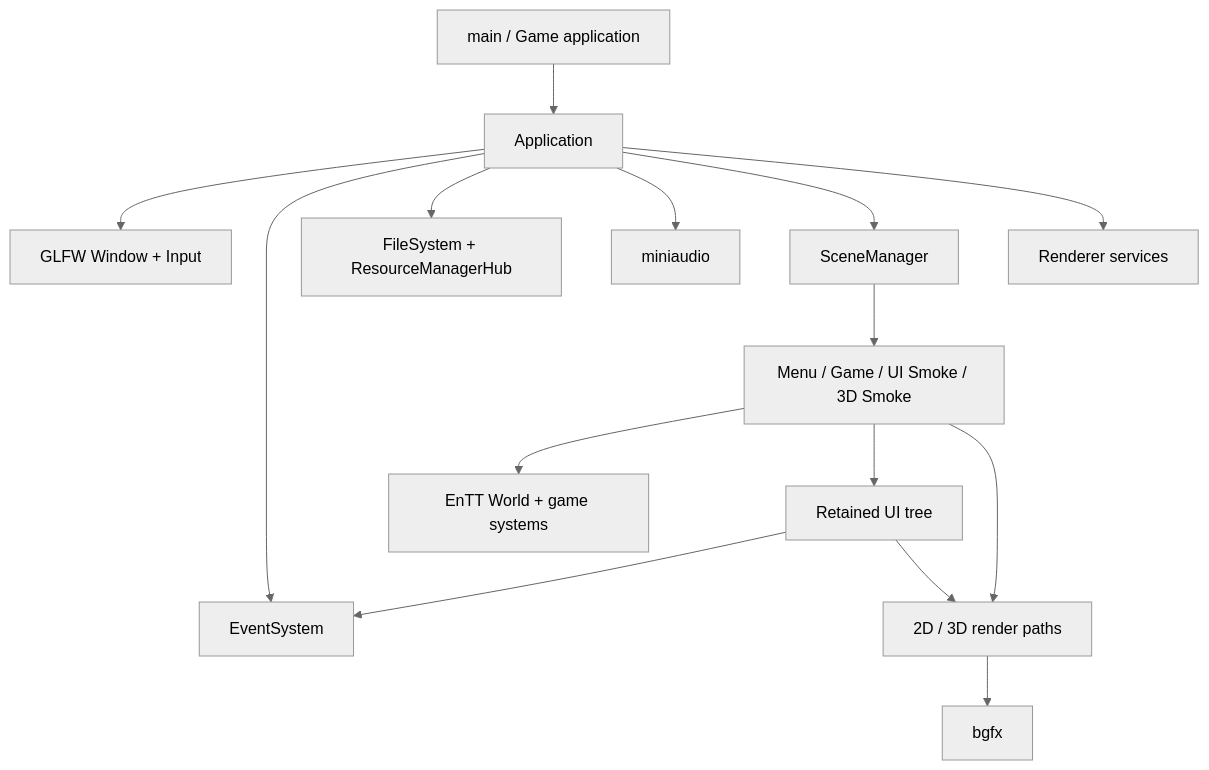
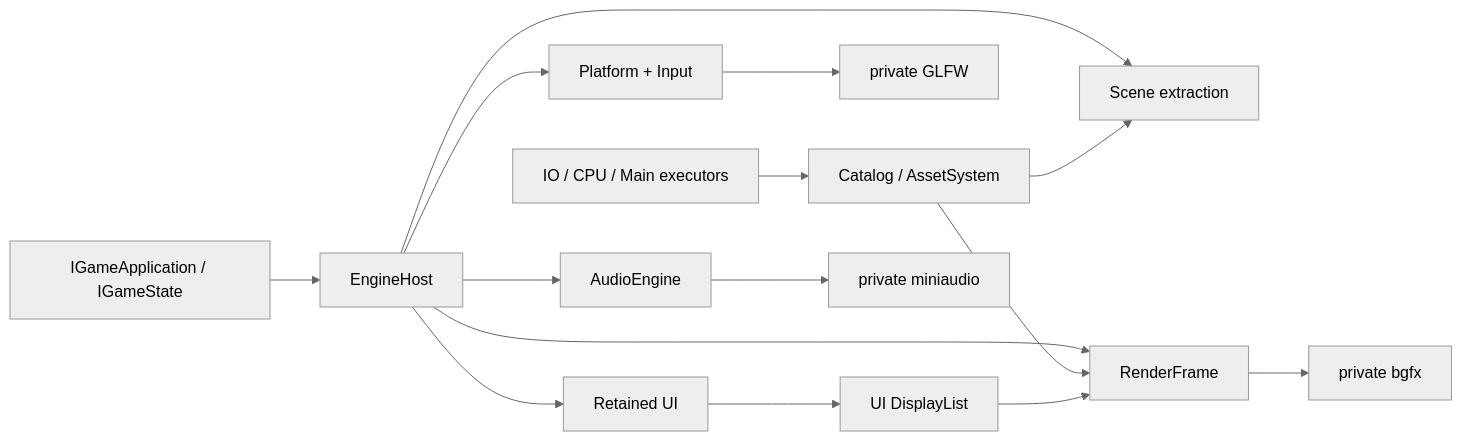
The diagram in docs/design.md (wuxianggujun/Tina), drawn with Mermaid (neutral theme) before and after one commit. The commit also changed other lines of this file and 64 other files, not shown here.

````diff
--- a/docs/design.md
+++ b/docs/design.md
@@ -38,17 +36,17 @@
 ```mermaid
-flowchart TD
-    Main["main / Game application"] --> Application["Application"]
-    Application --> Platform["GLFW Window + Input"]
-    Application --> Events["EventSystem"]
-    Application --> Resources["FileSystem + ResourceManagerHub"]
-    Application --> Audio["miniaudio"]
-    Application --> Scenes["SceneManager"]
-    Application --> RenderServices["Renderer services"]
-    Scenes --> GameScenes["Menu / Game / UI Smoke / 3D Smoke"]
-    GameScenes --> World["EnTT World + game systems"]
-    GameScenes --> UI["Retained UI tree"]
-    GameScenes --> Rendering["2D / 3D render paths"]
-    UI --> Events
-    UI --> Rendering
-    Rendering --> Bgfx["bgfx"]
+flowchart LR
+    Game["IGameApplication / IGameState"] --> Runtime["EngineHost"]
+    Runtime --> Platform["Platform + Input"]
+    Runtime --> UI["Retained UI"]
+    Runtime --> Scene["Scene extraction"]
+    Runtime --> Audio["AudioEngine"]
+    Runtime --> Render["RenderFrame"]
+    Assets["Catalog / AssetSystem"] --> Scene
+    Assets --> Render
+    Task["IO / CPU / Main executors"] --> Assets
+    Platform --> Glfw["private GLFW"]
+    UI --> Display["UI DisplayList"]
+    Display --> Render
+    Render --> Bgfx["private bgfx"]
+    Audio --> Mini["private miniaudio"]
 ```
````
